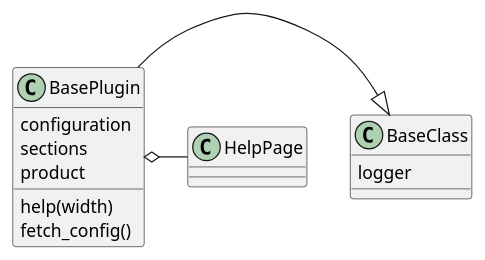
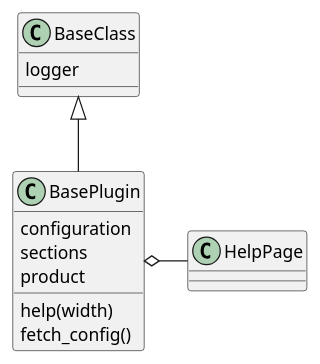
One commit to russell-n/theape changed the diagram in ape/plugins/base_plugin.rst. Above: the diagram before and after it, drawn with PlantUML. The commit also changed other lines of this file and 50 other files, not shown here.

```diff
--- a/ape/plugins/base_plugin.rst
+++ b/ape/plugins/base_plugin.rst
@@ -31,10 +31,10 @@
 .. uml::
 
-   BasePlugin -|> BaseClass
+   BaseClass <|-- BasePlugin
    BaseClass : logger
    BasePlugin : configuration
    BasePlugin o- HelpPage
    BasePlugin : sections
    BasePlugin : product
    BasePlugin : help(width)
    BasePlugin : fetch_config()
```
